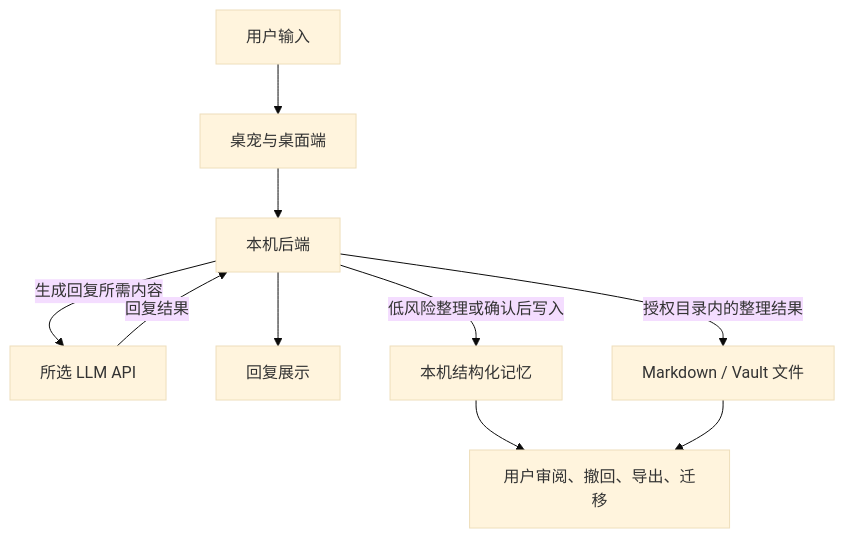
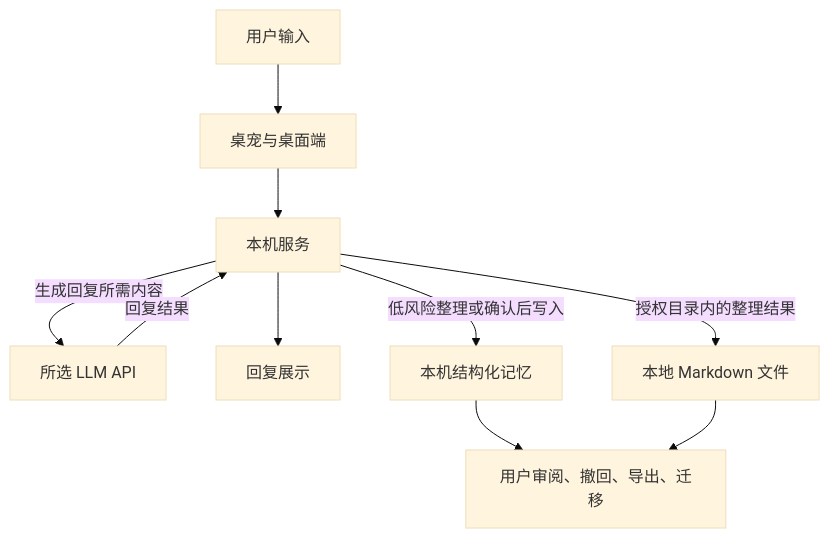
One commit to gitagin/agentpet changed the diagram in README.md. Above: the diagram before and after it, drawn with Mermaid (base theme). The commit also changed other lines of this file and 81 other files, not shown here.

````diff
--- a/README.md
+++ b/README.md
@@ -28,19 +28,19 @@
 ```mermaid
 flowchart TD
   user["用户输入"]
   desktop["桌宠与桌面端"]
-  backend["本机后端"]
+  backend["本机服务"]
   llm["所选 LLM API"]
   reply["回复展示"]
   memory["本机结构化记忆"]
-  vault["Markdown / Vault 文件"]
+  vault["本地 Markdown 文件"]
   export["用户审阅、撤回、导出、迁移"]
 
   user --> desktop --> backend
   backend -->|"生成回复所需内容"| llm
   llm -->|"回复结果"| backend --> reply
   backend -->|"低风险整理或确认后写入"| memory
   backend -->|"授权目录内的整理结果"| vault
   memory --> export
   vault --> export
 ```
````
